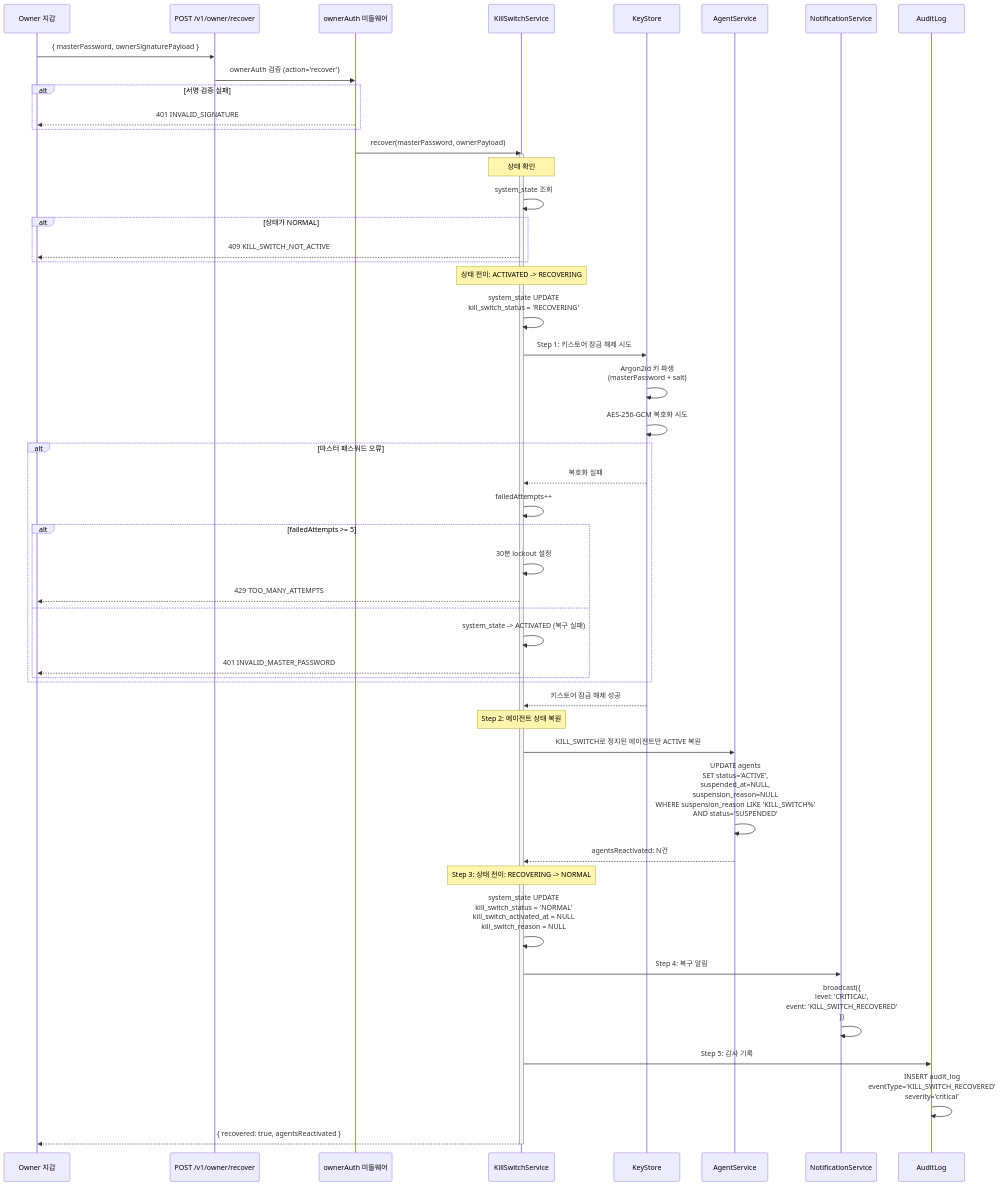
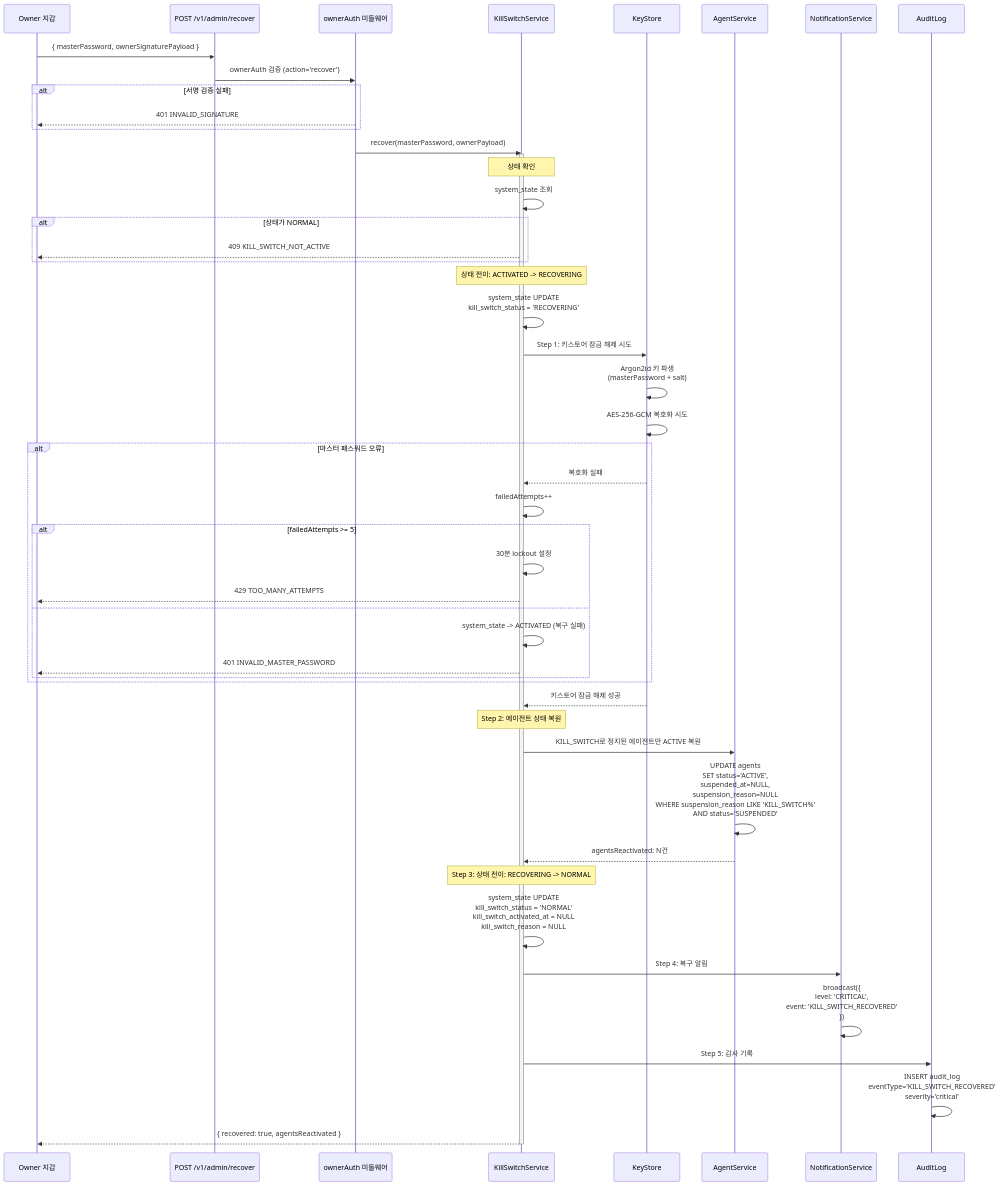
One commit to minhoyoo-iotrust/WAIaaS changed the third of 4 diagrams in .planning/deliverables/36-killswitch-autostop-evm.md. Above: the diagram before and after it, drawn with Mermaid. The commit also changed other lines of this file and 17 other files, not shown here.

````diff
--- a/.planning/deliverables/36-killswitch-autostop-evm.md
+++ b/.planning/deliverables/36-killswitch-autostop-evm.md
@@ -489,65 +501,65 @@
 ```mermaid
 sequenceDiagram
     participant Owner as Owner 지갑
-    participant API as POST /v1/owner/recover
+    participant API as POST /v1/admin/recover
     participant Auth as ownerAuth 미들웨어
     participant KS as KillSwitchService
     participant Key as KeyStore
     participant Agent as AgentService
     participant Noti as NotificationService
     participant Audit as AuditLog
 
     Owner->>API: { masterPassword, ownerSignaturePayload }
     API->>Auth: ownerAuth 검증 (action='recover')
 
     alt 서명 검증 실패
         Auth-->>Owner: 401 INVALID_SIGNATURE
     end
 
     Auth->>KS: recover(masterPassword, ownerPayload)
     activate KS
 
     Note over KS: 상태 확인
     KS->>KS: system_state 조회
     alt 상태가 NORMAL
         KS-->>Owner: 409 KILL_SWITCH_NOT_ACTIVE
     end
 
     Note over KS: 상태 전이: ACTIVATED -> RECOVERING
     KS->>KS: system_state UPDATE<br/>kill_switch_status = 'RECOVERING'
 
     KS->>Key: Step 1: 키스토어 잠금 해제 시도
     Key->>Key: Argon2id 키 파생<br/>(masterPassword + salt)
     Key->>Key: AES-256-GCM 복호화 시도
 
     alt 마스터 패스워드 오류
         Key-->>KS: 복호화 실패
         KS->>KS: failedAttempts++
         alt failedAttempts >= 5
             KS->>KS: 30분 lockout 설정
             KS-->>Owner: 429 TOO_MANY_ATTEMPTS
         else
             KS->>KS: system_state -> ACTIVATED (복구 실패)
             KS-->>Owner: 401 INVALID_MASTER_PASSWORD
         end
     end
 
     Key-->>KS: 키스토어 잠금 해제 성공
 
     Note over KS: Step 2: 에이전트 상태 복원
     KS->>Agent: KILL_SWITCH로 정지된 에이전트만 ACTIVE 복원
     Agent->>Agent: UPDATE agents<br/>SET status='ACTIVE',<br/>suspended_at=NULL,<br/>suspension_reason=NULL<br/>WHERE suspension_reason LIKE 'KILL_SWITCH%'<br/>AND status='SUSPENDED'
     Agent-->>KS: agentsReactivated: N건
 
     Note over KS: Step 3: 상태 전이: RECOVERING -> NORMAL
     KS->>KS: system_state UPDATE<br/>kill_switch_status = 'NORMAL'<br/>kill_switch_activated_at = NULL<br/>kill_switch_reason = NULL
 
     KS->>Noti: Step 4: 복구 알림
     Noti->>Noti: broadcast({<br/>  level: 'CRITICAL',<br/>  event: 'KILL_SWITCH_RECOVERED'<br/>})
 
     KS->>Audit: Step 5: 감사 기록
     Audit->>Audit: INSERT audit_log<br/>eventType='KILL_SWITCH_RECOVERED'<br/>severity='critical'
 
     KS-->>Owner: { recovered: true, agentsReactivated }
     deactivate KS
 ```
````
